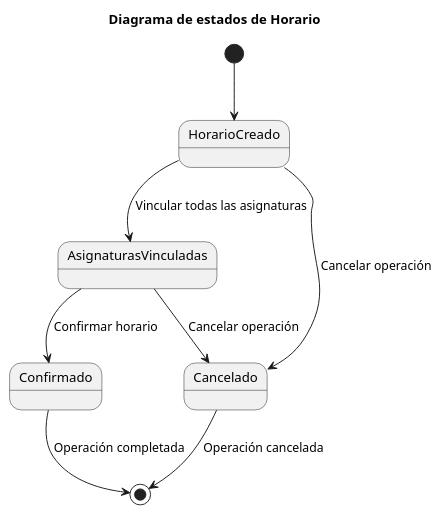
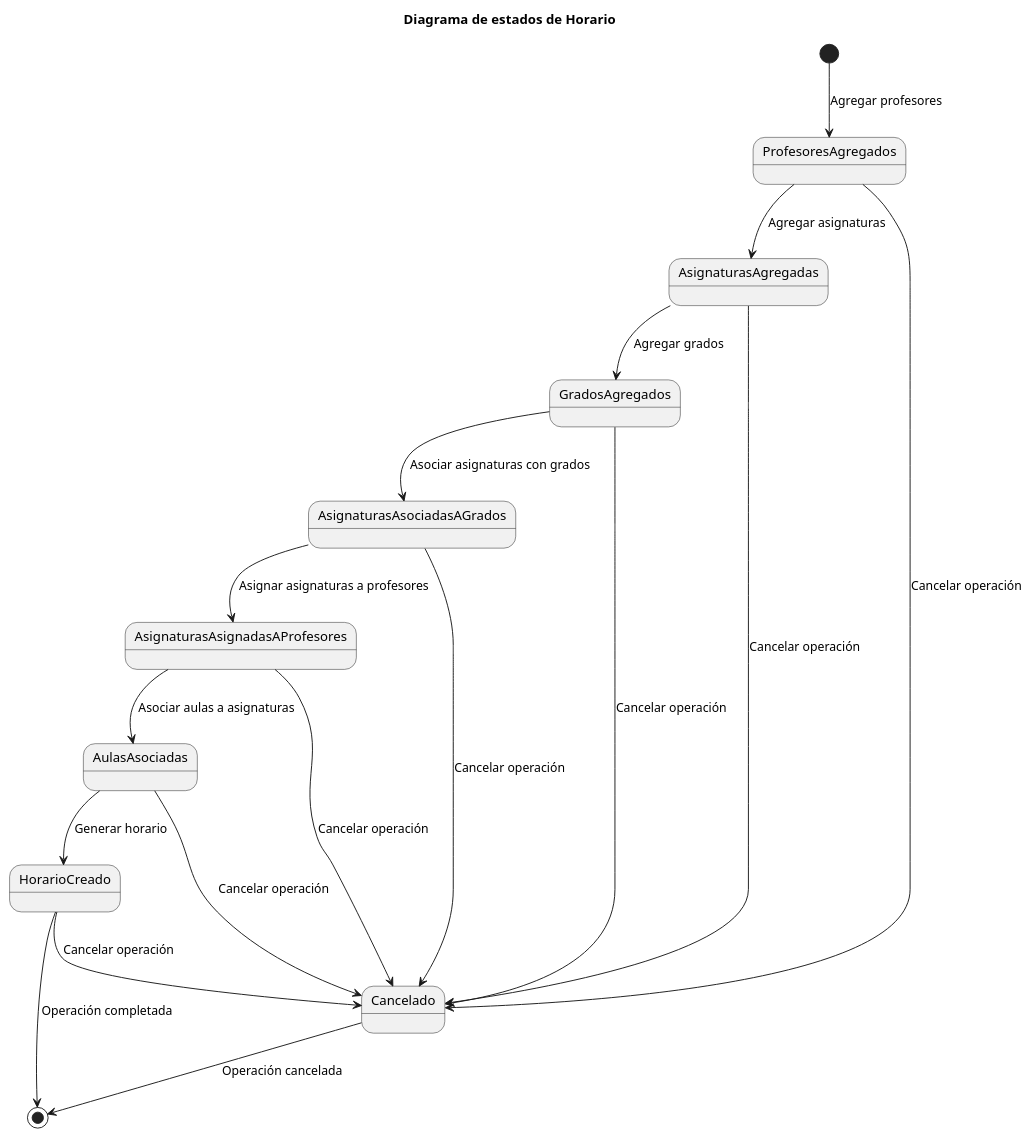
Before and after one commit to mmasias/24-25-IdSw1-SDR: the diagram in modeloDelDominio/plantUML/diagramaEstadosHorario.puml, drawn with PlantUML. The commit also changed 27 other files, not shown here.

Commit message:
Diagrama de contexto

```diff
--- a/modeloDelDominio/plantUML/diagramaEstadosHorario.puml
+++ b/modeloDelDominio/plantUML/diagramaEstadosHorario.puml
@@ -1,15 +1,31 @@
 @startuml
 title Diagrama de estados de Horario
+
+state "ProfesoresAgregados"
+state "AsignaturasAgregadas"
+state "GradosAgregados"
+state "AsignaturasAsociadasAGrados"
+state "AsignaturasAsignadasAProfesores"
+state "AulasAsociadas"
 state "HorarioCreado"
-state "AsignaturasVinculadas"
-state "Confirmado"
 state "Cancelado"
 
-[*] --> HorarioCreado
-HorarioCreado --> AsignaturasVinculadas: Vincular todas las asignaturas
-AsignaturasVinculadas --> Confirmado : Confirmar horario
+[*] --> ProfesoresAgregados : Agregar profesores
+ProfesoresAgregados --> AsignaturasAgregadas : Agregar asignaturas
+AsignaturasAgregadas --> GradosAgregados : Agregar grados
+GradosAgregados --> AsignaturasAsociadasAGrados : Asociar asignaturas con grados
+AsignaturasAsociadasAGrados --> AsignaturasAsignadasAProfesores : Asignar asignaturas a profesores
+AsignaturasAsignadasAProfesores --> AulasAsociadas : Asociar aulas a asignaturas
+AulasAsociadas --> HorarioCreado : Generar horario
+HorarioCreado --> [*] : Operación completada
+
+ProfesoresAgregados --> Cancelado : Cancelar operación
+AsignaturasAgregadas --> Cancelado : Cancelar operación
+GradosAgregados --> Cancelado : Cancelar operación
+AsignaturasAsociadasAGrados --> Cancelado : Cancelar operación
+AsignaturasAsignadasAProfesores --> Cancelado : Cancelar operación
+AulasAsociadas --> Cancelado : Cancelar operación
 HorarioCreado --> Cancelado : Cancelar operación
-AsignaturasVinculadas --> Cancelado : Cancelar operación
-Confirmado --> [*] : Operación completada
 Cancelado --> [*] : Operación cancelada
+
 @enduml
```
